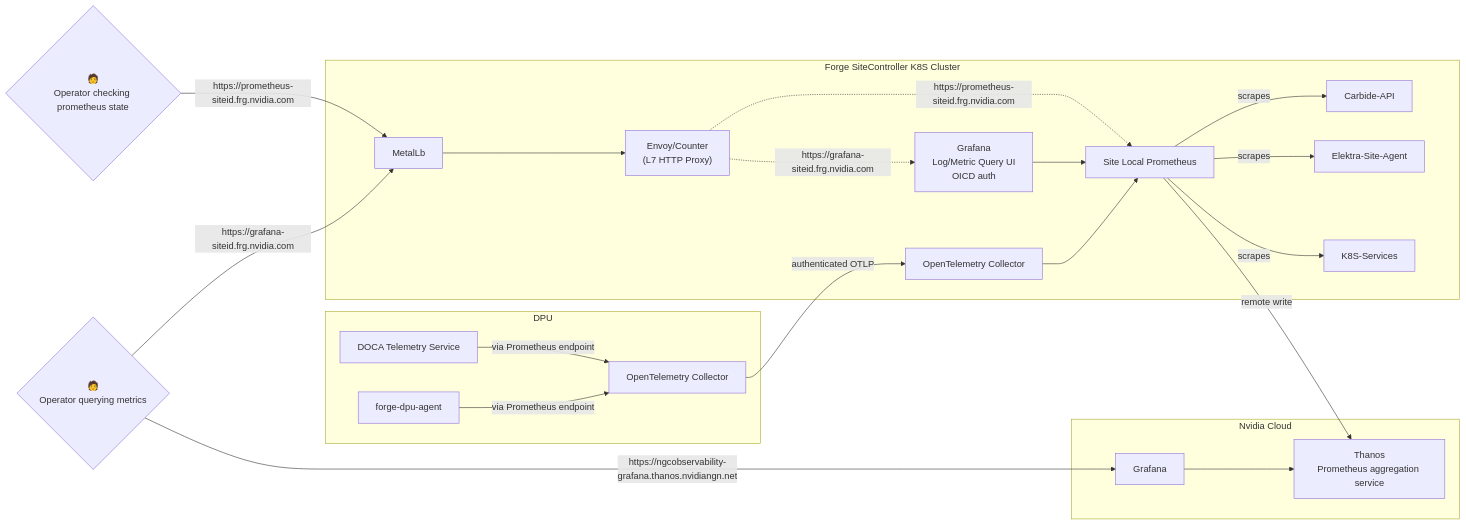
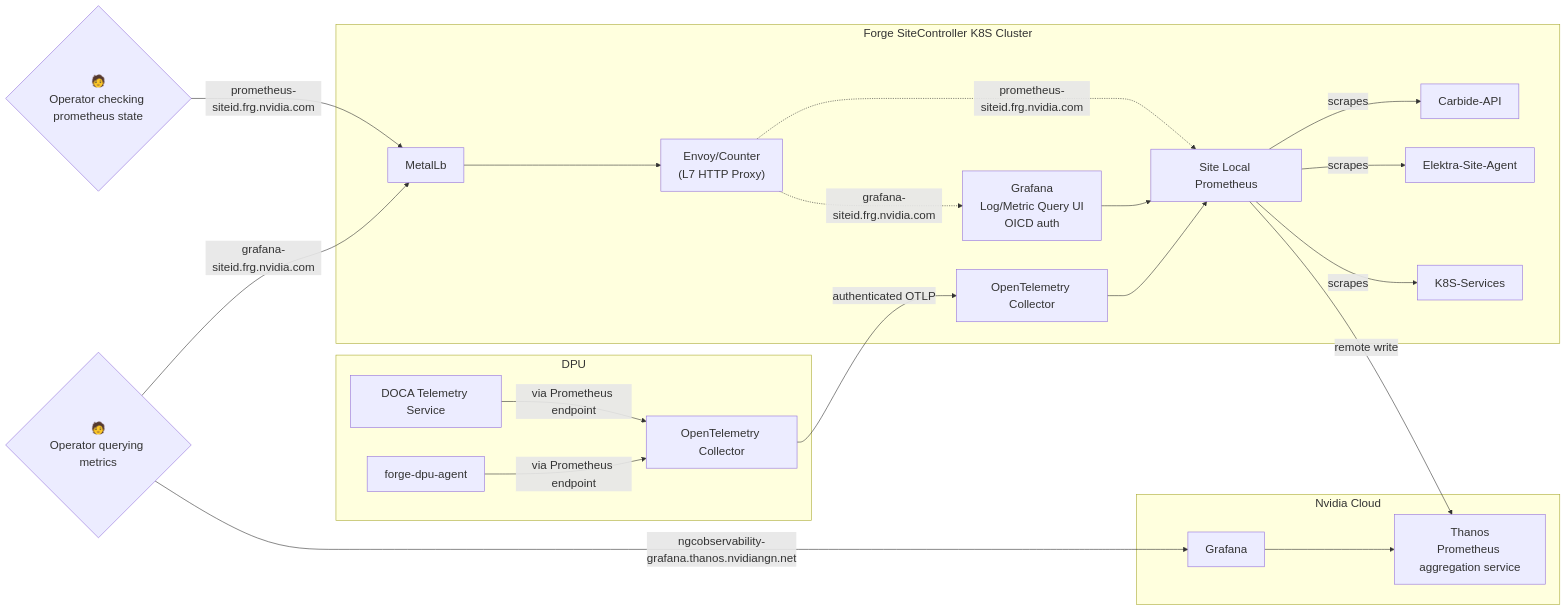
Before and after one commit to NVIDIA/bare-metal-manager-core: the diagram in book/src/observability/site_metrics.md, drawn with Mermaid. The commit also changed other lines of this file and 39 other files, not shown here.

````diff
--- a/book/src/observability/site_metrics.md
+++ b/book/src/observability/site_metrics.md
@@ -21,29 +21,30 @@
 ```mermaid
+%%{init: {'themeVariables': { 'fontSize': '20px' }}}%%
 flowchart LR
     subgraph Forge SiteController K8S Cluster
         Prometheus[Site Local Prometheus] -- scrapes --> Carbide-API
         Prometheus -- scrapes --> Elektra-Site-Agent
         Prometheus -- scrapes --> K8S-Services
 
-        MetalLb --> SiteEnvoy["Envoy/Counter\n(L7 HTTP Proxy)"]
-        SiteEnvoy -."https://grafana-siteid.frg.nvidia.com" .-> SiteGrafana[Grafana\nLog/Metric Query UI\nOICD auth]
-        SiteEnvoy -. "https://prometheus-siteid.frg.nvidia.com" .-> Prometheus
+        MetalLb --> SiteEnvoy["Envoy/Counter<br>(L7 HTTP Proxy)"]
+        SiteEnvoy -. "grafana-siteid.frg.nvidia.com" .-> SiteGrafana[Grafana<br>Log/Metric Query UI<br>OICD auth]
+        SiteEnvoy -. "prometheus-siteid.frg.nvidia.com" .-> Prometheus
         SiteGrafana --> Prometheus
         OTELC["OpenTelemetry Collector"] --> Prometheus
     end
 
     subgraph DPU
         DTS["DOCA Telemetry Service"] -- via Prometheus endpoint --> DPUOTELC
         DPUAGENT["forge-dpu-agent"] -- via Prometheus endpoint --> DPUOTELC
         DPUOTELC["OpenTelemetry Collector"] -- authenticated OTLP --> OTELC
     end
 
     subgraph Nvidia Cloud
-        Prometheus -- remote write --> Thanos[Thanos\nPrometheus aggregation service]
-        CloudGrafana[Grafana] --> Thanos 
+        Prometheus -- remote write --> Thanos[Thanos<br>Prometheus aggregation service]
+        CloudGrafana[Grafana] --> Thanos
     end
 
-    LV2{"🧑\nOperator checking prometheus state"} -- https://prometheus-siteid.frg.nvidia.com --> MetalLb
-    LV{"🧑\nOperator querying metrics"} -- https://grafana-siteid.frg.nvidia.com --> MetalLb
-    LV -- https://ngcobservability-grafana.thanos.nvidiangn.net --> CloudGrafana
+    LV2{"🧑<br>Operator checking prometheus state"} -- "prometheus-siteid.frg.nvidia.com" --> MetalLb
+    LV{"🧑<br>Operator querying metrics"} -- "grafana-siteid.frg.nvidia.com" --> MetalLb
+    LV -- "ngcobservability-grafana.thanos.nvidiangn.net" --> CloudGrafana
 ```
````
